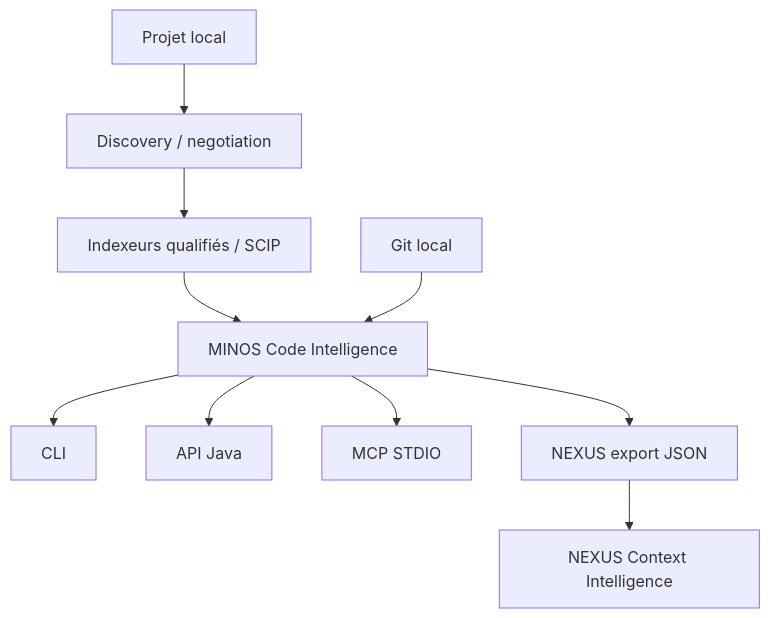
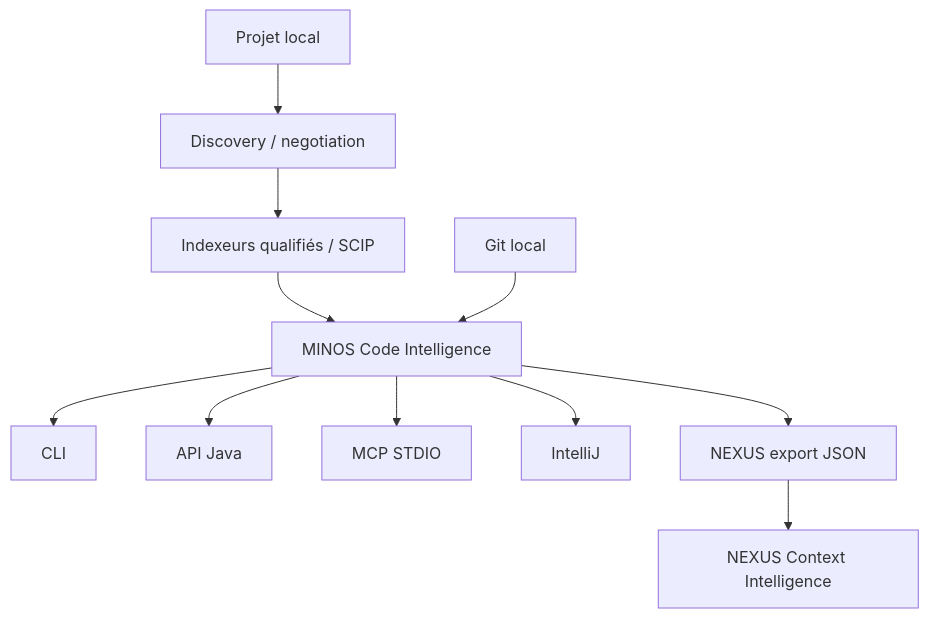
One commit to FTurleque/minos-code-intelligence changed the diagram in README.md. Above: the diagram before and after it, drawn with Mermaid. The commit also changed other lines of this file, not shown here.

````diff
--- a/README.md
+++ b/README.md
@@ -21,12 +23,13 @@
 ```mermaid
 flowchart TB
     SRC[Projet local] --> DISC[Discovery / negotiation]
     DISC --> IDX[Indexeurs qualifiés / SCIP]
     IDX --> MINOS[MINOS Code Intelligence]
     GIT[Git local] --> MINOS
     MINOS --> CLI[CLI]
     MINOS --> API[API Java]
     MINOS --> MCP[MCP STDIO]
+    MINOS --> IDE[IntelliJ]
     MINOS --> NX[NEXUS export JSON]
     NX --> NEXUS[NEXUS Context Intelligence]
 ```
````
